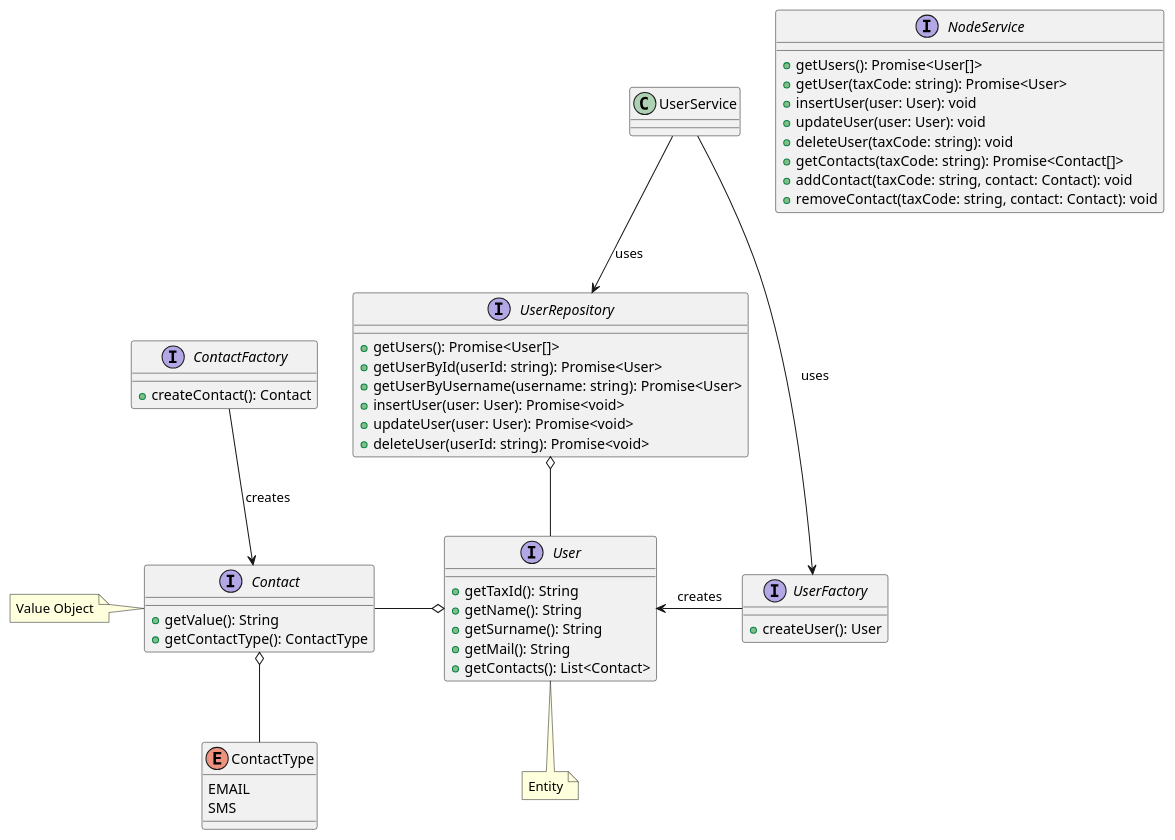
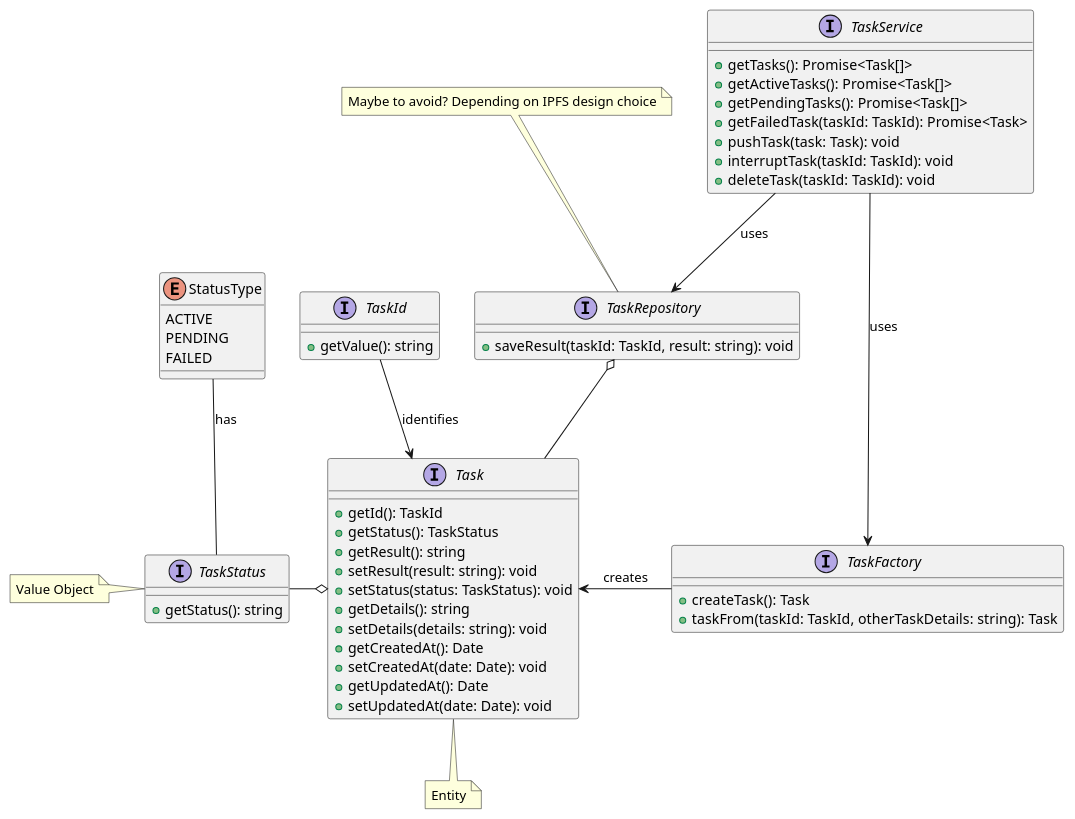
One commit to paga16-hash/anonymous-shard changed the diagram in doc/domain/task/task.puml. Above: the diagram before and after it, drawn with PlantUML. The commit also changed 6 other files, not shown here.

Commit message:
docs: add uml  for metrics, tasks, file and events hub

```diff
--- a/doc/domain/task/task.puml
+++ b/doc/domain/task/task.puml
@@ -2,61 +2,64 @@
 @startuml
 
-interface NodeService {
-  + getUsers(): Promise<User[]>
-  + getUser(taxCode: string): Promise<User>
-  + insertUser(user: User): void
-  + updateUser(user: User): void
-  + deleteUser(taxCode: string): void
-  + getContacts(taxCode: string): Promise<Contact[]>
-  + addContact(taxCode: string, contact: Contact): void
-  + removeContact(taxCode: string, contact: Contact): void
+interface TaskService {
+  + getTasks(): Promise<Task[]>
+  + getActiveTasks(): Promise<Task[]>
+  + getPendingTasks(): Promise<Task[]>
+  + getFailedTask(taskId: TaskId): Promise<Task>
+  + pushTask(task: Task): void
+  + interruptTask(taskId: TaskId): void
+  + deleteTask(taskId: TaskId): void
 }
 
-UserService --> UserRepository : uses
-UserService --> UserFactory : uses
+TaskService --> TaskRepository : uses
+TaskService --> TaskFactory : uses
 
-interface UserRepository {
-  + getUsers(): Promise<User[]>
-  + getUserById(userId: string): Promise<User>
-  + getUserByUsername(username: string): Promise<User>
-  + insertUser(user: User): Promise<void>
-  + updateUser(user: User): Promise<void>
-  + deleteUser(userId: string): Promise<void>
+interface TaskRepository {
+  + saveResult(taskId: TaskId, result: string): void
 }
-UserRepository o-- User
+note top of TaskRepository : Maybe to avoid? Depending on IPFS design choice
 
-interface UserFactory {
-      + createUser(): User
+TaskRepository o-- Task
+
+interface TaskFactory {
+      + createTask(): Task
+      + taskFrom(taskId: TaskId, otherTaskDetails: string): Task
 }
-UserFactory -left-> User : creates
+TaskFactory -left-> Task : creates
 
+interface Task {
+    + getId(): TaskId
+    + getStatus(): TaskStatus
+    + getResult(): string
+    + setResult(result: string): void
+    + setStatus(status: TaskStatus): void
+    + getDetails(): string
+    + setDetails(details: string): void
+    + getCreatedAt(): Date
+    + setCreatedAt(date: Date): void
+    + getUpdatedAt(): Date
+    + setUpdatedAt(date: Date): void
+}
+note bottom of Task : Entity
+Task o-left- TaskStatus
 
-interface User {
- + getTaxId(): String
- + getName(): String
- + getSurname(): String
- + getMail(): String
- + getContacts(): List<Contact>
+interface TaskStatus {
+    + getStatus(): string
 }
-note bottom of User : Entity
-User o-left- Contact
+note left of TaskStatus : Value Object
 
-interface Contact {
- + getValue(): String
- + getContactType(): ContactType
-}
-note left of Contact : Value Object
-
-interface ContactFactory {
- + createContact(): Contact
+enum StatusType {
+  ACTIVE
+  PENDING
+  FAILED
 }
 
-enum ContactType {
-  EMAIL
-  SMS
+StatusType -down- TaskStatus : has
+
+interface TaskId {
+    + getValue(): string
 }
 
-Contact o-- ContactType
-ContactFactory --> Contact : creates
+TaskId -down-> Task : identifies
 
 @enduml
```
